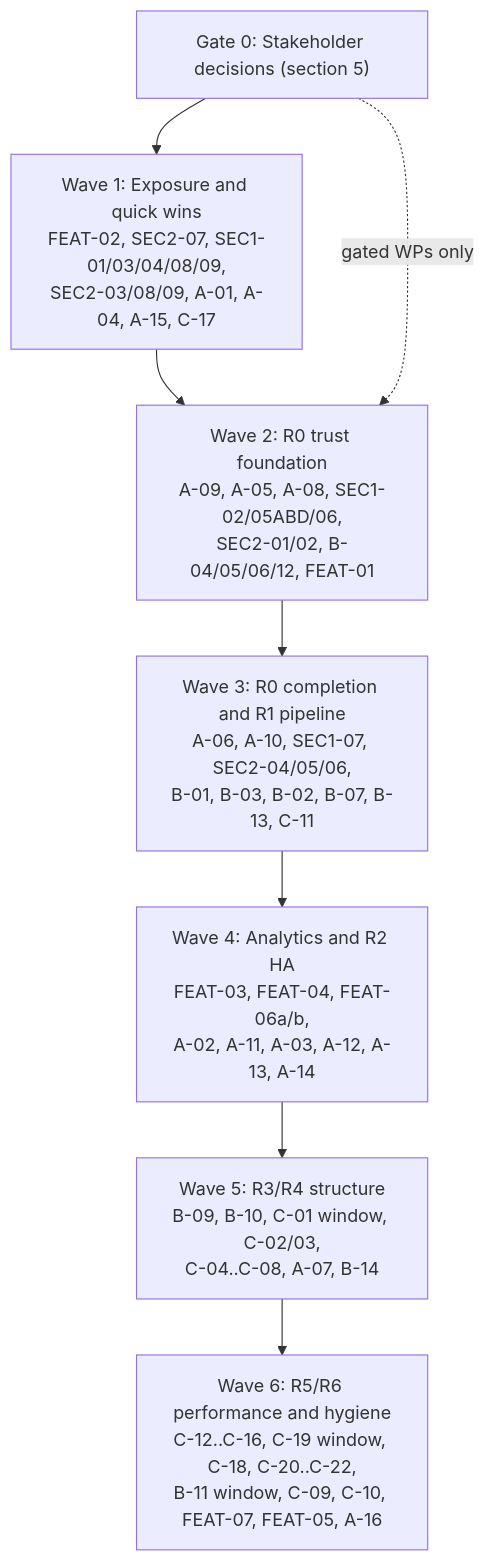
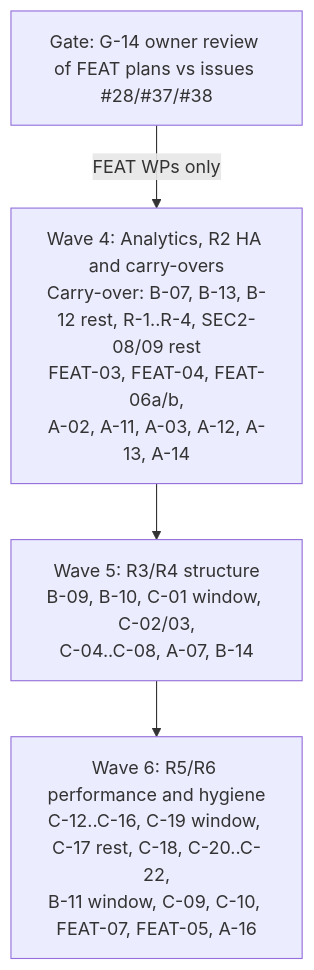
Before and after one commit to themulle/autheris: the diagram in docs/plans/implementation/00-implementation-roadmap.md, drawn with Mermaid. The commit also changed other lines of this file and 12 other files, not shown here.

````diff
--- a/docs/plans/implementation/00-implementation-roadmap.md
+++ b/docs/plans/implementation/00-implementation-roadmap.md
@@ -73,13 +69,9 @@
 ```mermaid
 flowchart TD
-    G0["Gate 0: Stakeholder decisions (section 5)"]
-    W1["Wave 1: Exposure and quick wins<br/>FEAT-02, SEC2-07, SEC1-01/03/04/08/09,<br/>SEC2-03/08/09, A-01, A-04, A-15, C-17"]
-    W2["Wave 2: R0 trust foundation<br/>A-09, A-05, A-08, SEC1-02/05ABD/06,<br/>SEC2-01/02, B-04/05/06/12, FEAT-01"]
-    W3["Wave 3: R0 completion and R1 pipeline<br/>A-06, A-10, SEC1-07, SEC2-04/05/06,<br/>B-01, B-03, B-02, B-07, B-13, C-11"]
-    W4["Wave 4: Analytics and R2 HA<br/>FEAT-03, FEAT-04, FEAT-06a/b,<br/>A-02, A-11, A-03, A-12, A-13, A-14"]
+    G14["Gate: G-14 owner review of FEAT plans vs issues #28/#37/#38"]
+    W4["Wave 4: Analytics, R2 HA and carry-overs<br/>Carry-over: B-07, B-13, B-12 rest, R-1..R-4, SEC2-08/09 rest<br/>FEAT-03, FEAT-04, FEAT-06a/b,<br/>A-02, A-11, A-03, A-12, A-13, A-14"]
     W5["Wave 5: R3/R4 structure<br/>B-09, B-10, C-01 window, C-02/03,<br/>C-04..C-08, A-07, B-14"]
-    W6["Wave 6: R5/R6 performance and hygiene<br/>C-12..C-16, C-19 window, C-18, C-20..C-22,<br/>B-11 window, C-09, C-10, FEAT-07, FEAT-05, A-16"]
+    W6["Wave 6: R5/R6 performance and hygiene<br/>C-12..C-16, C-19 window, C-17 rest, C-18, C-20..C-22,<br/>B-11 window, C-09, C-10, FEAT-07, FEAT-05, A-16"]
 
-    G0 --> W1 --> W2 --> W3 --> W4 --> W5 --> W6
-    G0 -.->|"gated WPs only"| W2
+    G14 -->|"FEAT WPs only"| W4 --> W5 --> W6
 ```
````
